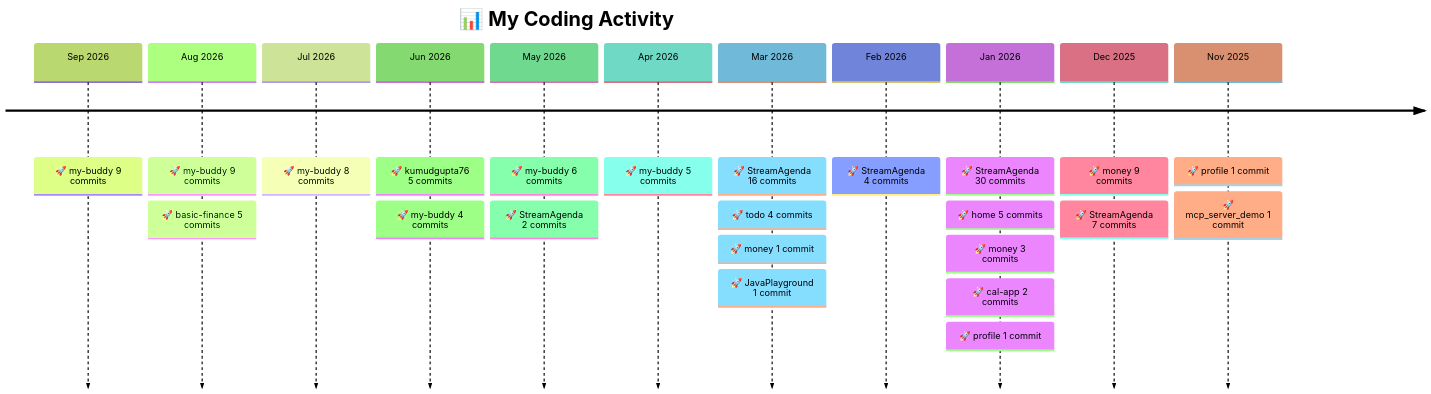
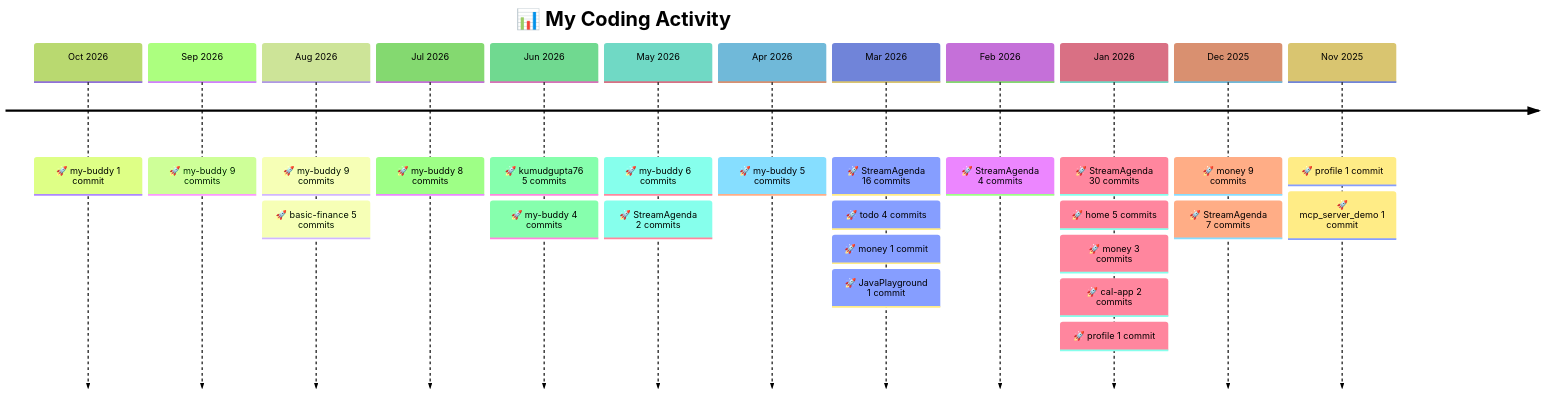
The diagram in README.md (kumudgupta76/kumudgupta76), drawn with Mermaid (forest theme) before and after one commit. The commit also changed other lines of this file, not shown here.

Commit message:
chore: update project timeline [skip ci]

````diff
--- a/README.md
+++ b/README.md
@@ -39,15 +39,16 @@
 ```mermaid
 timeline
     title 📊 My Coding Activity
+    Oct 2026 : 🚀 my-buddy 1 commit
     Sep 2026 : 🚀 my-buddy 9 commits
     Aug 2026 : 🚀 my-buddy 9 commits : 🚀 basic-finance 5 commits
     Jul 2026 : 🚀 my-buddy 8 commits
     Jun 2026 : 🚀 kumudgupta76 5 commits : 🚀 my-buddy 4 commits
     May 2026 : 🚀 my-buddy 6 commits : 🚀 StreamAgenda 2 commits
     Apr 2026 : 🚀 my-buddy 5 commits
     Mar 2026 : 🚀 StreamAgenda 16 commits : 🚀 todo 4 commits : 🚀 money 1 commit : 🚀 JavaPlayground 1 commit
     Feb 2026 : 🚀 StreamAgenda 4 commits
     Jan 2026 : 🚀 StreamAgenda 30 commits : 🚀 home 5 commits : 🚀 money 3 commits : 🚀 cal-app 2 commits : 🚀 profile 1 commit
     Dec 2025 : 🚀 money 9 commits : 🚀 StreamAgenda 7 commits
     Nov 2025 : 🚀 profile 1 commit : 🚀 mcp_server_demo 1 commit
 ```
````
